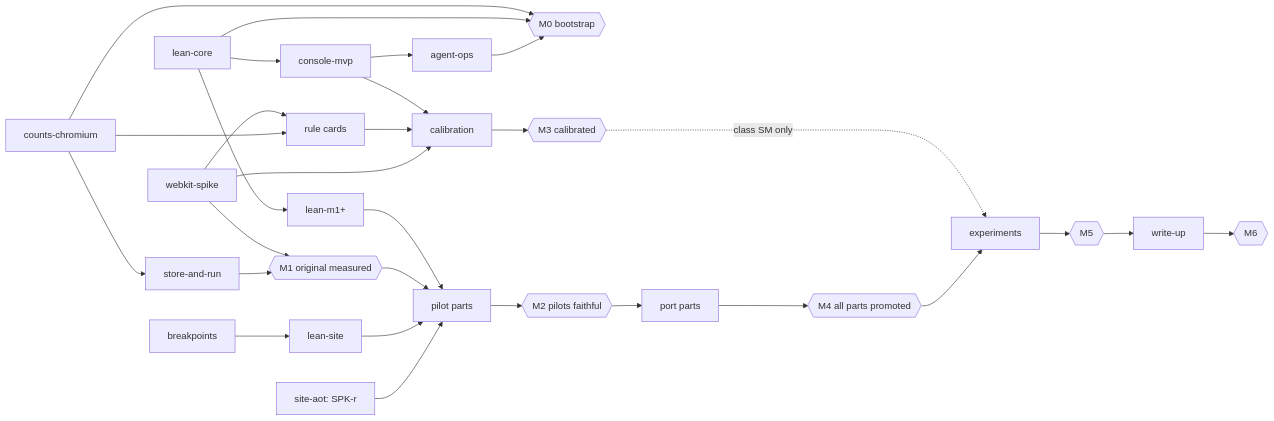
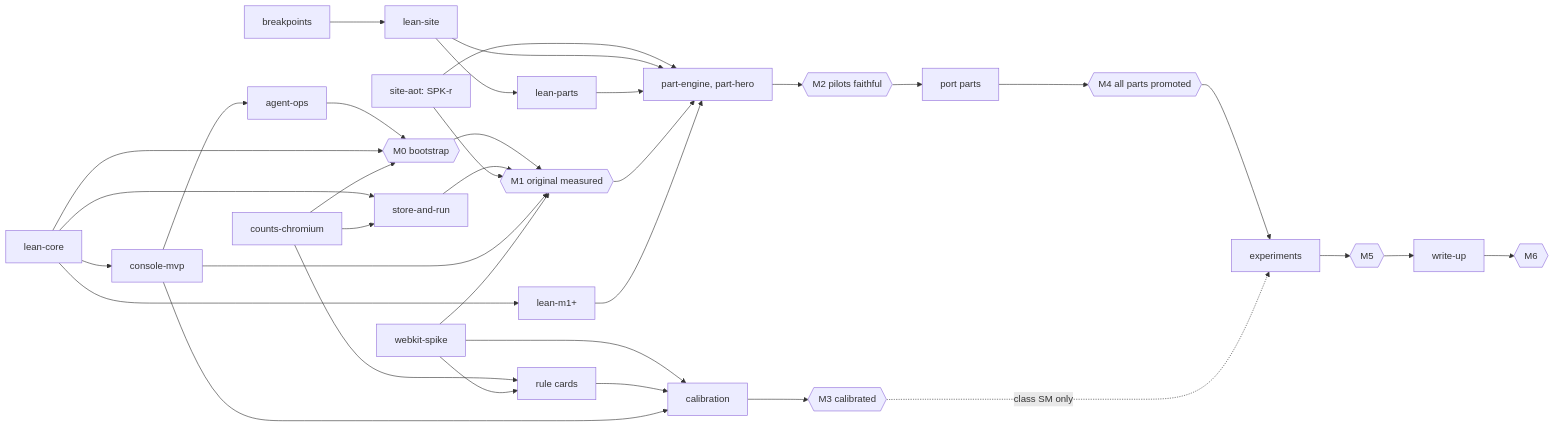
The second of 2 diagrams in docs/plan/PLAN.md (kitimark/lean-loop-engineer-the-fastwork-web-optimize), drawn with Mermaid before and after one commit. The commit also changed other lines of this file and 1 other file, not shown here.

Commit message:
plan: rev 5 review fixes - 1/70 is a planned M0 bound (<= 1/C(8,4), equality iff no ties), reduction and verdicts in fwcore, golden-vector level, re-estimate after scope growth, graph edges, 60 Hz tick, no hand-written running status; rev5-delta accepted and marked superseded where stale

````diff
--- a/docs/plan/PLAN.md
+++ b/docs/plan/PLAN.md
@@ -1200,12 +1212,13 @@
 ```mermaid
 flowchart LR
-  LC[lean-core] --> CON[console-mvp] --> OPS[agent-ops] --> M0{{M0 bootstrap}}
-  LC --> LM[lean-m1+] & M0
-  CC[counts-chromium] --> SR[store-and-run] --> M1{{M1 original measured}}
+  LC[lean-core] --> CON[console-mvp] --> OPS[agent-ops] --> M0{{M0 bootstrap}} --> M1{{M1 original measured}}
+  LC --> LM[lean-m1+] & M0 & SR[store-and-run]
+  CC[counts-chromium] --> SR --> M1
+  AOT[site-aot: SPK-r] & CON --> M1
   CC --> M0 & RC[rule cards]
   WK[webkit-spike] --> M1 & RC & CAL[calibration]
-  BP[breakpoints] --> LS[lean-site]
-  AOT[site-aot: SPK-r] & LS & M1 & LM --> PP[pilot parts] --> M2{{M2 pilots faithful}}
+  BP[breakpoints] --> LS[lean-site] --> LP[lean-parts]
+  AOT & LS & LP & M1 & LM --> PP[part-engine, part-hero] --> M2{{M2 pilots faithful}}
   M2 --> PORT[port parts] --> M4{{M4 all parts promoted}} --> EXP[experiments] --> M5{{M5}} --> WR[write-up] --> M6{{M6}}
   RC & CON --> CAL --> M3{{M3 calibrated}} -. "class SM only" .-> EXP
 ```
````
